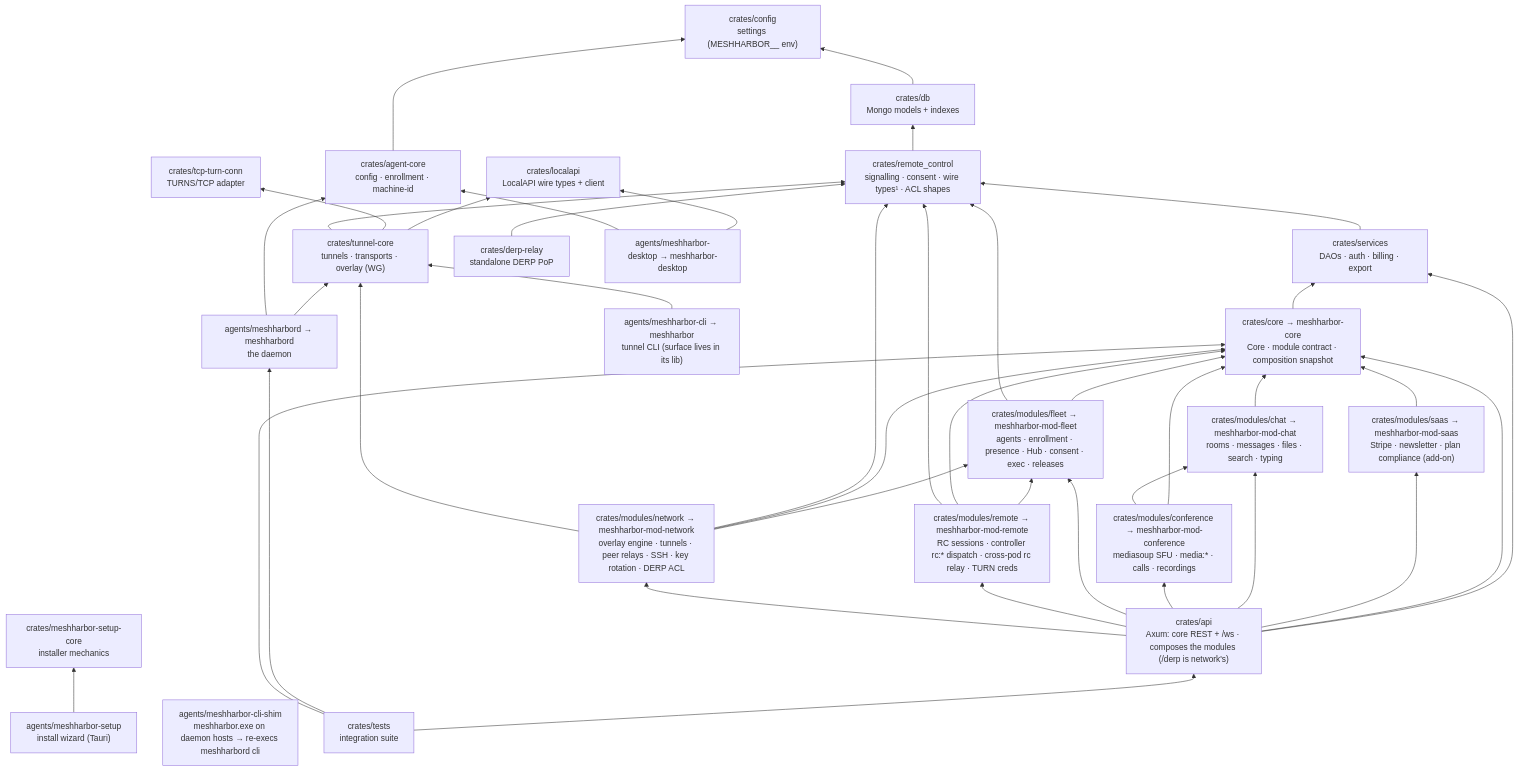
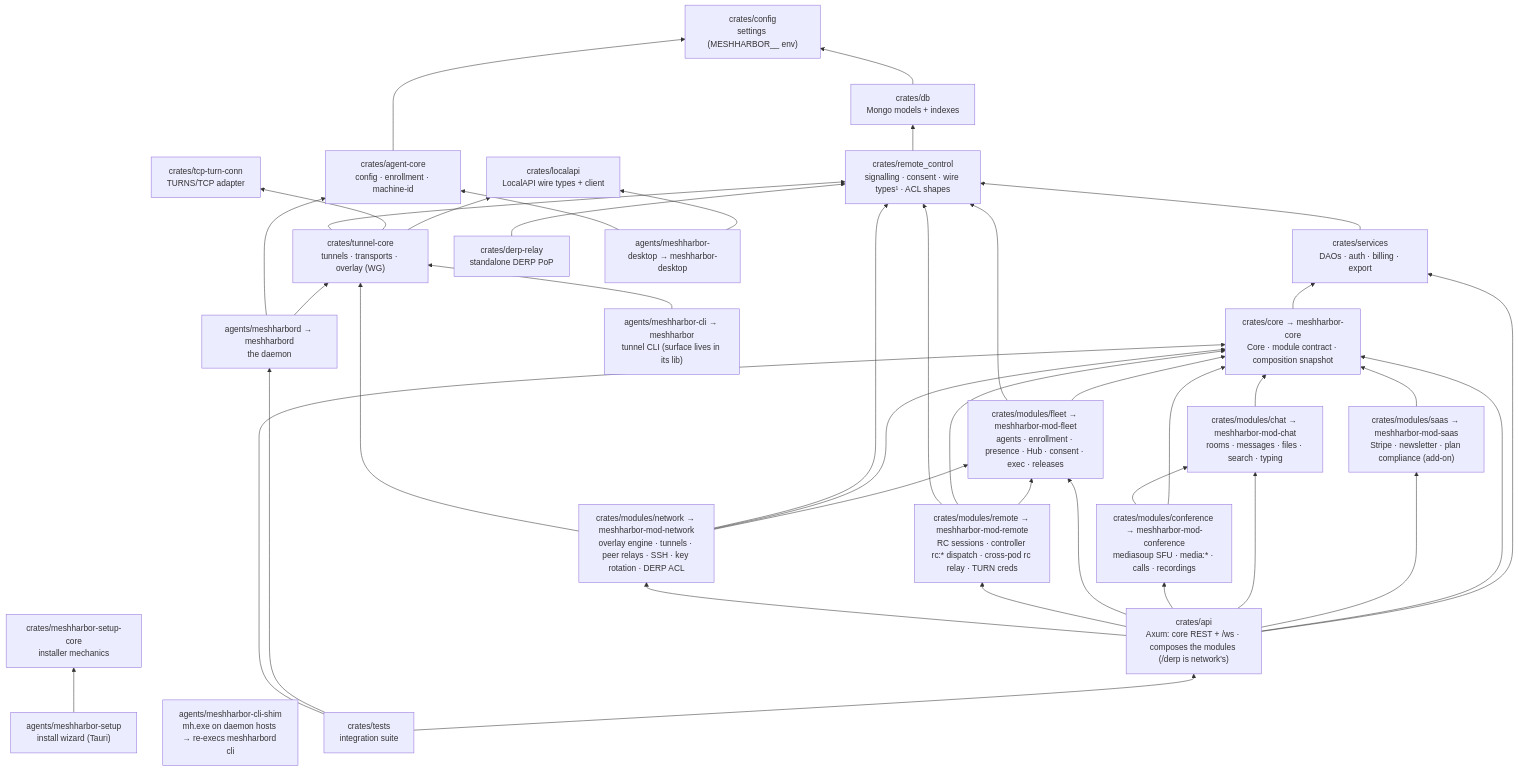
The third of 4 diagrams in docs/architecture.md (jk-zhang-meta/MeshHarbor), drawn with Mermaid before and after one commit. The commit also changed other lines of this file and 323 other files, not shown here.

````diff
--- a/docs/architecture.md
+++ b/docs/architecture.md
@@ -100,50 +100,50 @@
 ```mermaid
 flowchart BT
     config["crates/config<br/>settings (MESHHARBOR__ env)"]
     db["crates/db<br/>Mongo models + indexes"]
     core["crates/core → meshharbor-core<br/>Core · module contract · composition snapshot"]
     saas["crates/modules/saas → meshharbor-mod-saas<br/>Stripe · newsletter · plan compliance (add-on)"]
     chat["crates/modules/chat → meshharbor-mod-chat<br/>rooms · messages · files · search · typing"]
     conference["crates/modules/conference → meshharbor-mod-conference<br/>mediasoup SFU · media:* · calls · recordings"]
     fleet["crates/modules/fleet → meshharbor-mod-fleet<br/>agents · enrollment · presence · Hub · consent · exec · releases"]
     remote["crates/modules/remote → meshharbor-mod-remote<br/>RC sessions · controller rc:* dispatch · cross-pod rc relay · TURN creds"]
     network["crates/modules/network → meshharbor-mod-network<br/>overlay engine · tunnels · peer relays · SSH · key rotation · DERP ACL"]
     rc["crates/remote_control<br/>signalling · consent · wire types¹ · ACL shapes"]
     services["crates/services<br/>DAOs · auth · billing · export"]
     api["crates/api<br/>Axum: core REST + /ws · composes the modules (/derp is network's)"]
     tests["crates/tests<br/>integration suite"]
 
     localapi["crates/localapi<br/>LocalAPI wire types + client"]
     agentcore["crates/agent-core<br/>config · enrollment · machine-id"]
     tunnelcore["crates/tunnel-core<br/>tunnels · transports · overlay (WG)"]
     tcpturn["crates/tcp-turn-conn<br/>TURNS/TCP adapter"]
     derprelay["crates/derp-relay<br/>standalone DERP PoP"]
     setupcore["crates/meshharbor-setup-core<br/>installer mechanics"]
 
     meshharbord["agents/meshharbord → meshharbord<br/>the daemon"]
     tunnel["agents/meshharbor-cli → meshharbor<br/>tunnel CLI (surface lives in its lib)"]
-    shim["agents/meshharbor-cli-shim<br/>meshharbor.exe on daemon hosts → re-execs meshharbord cli"]
+    shim["agents/meshharbor-cli-shim<br/>mh.exe on daemon hosts → re-execs meshharbord cli"]
     tray["agents/meshharbor-desktop → meshharbor-desktop"]
     setup["agents/meshharbor-setup<br/>install wizard (Tauri)"]
 
     db --> config
     core --> services
     saas --> core
     chat --> core
     conference --> core & chat
     fleet --> core & rc
     remote --> fleet & core & rc
     network --> fleet & core & rc & tunnelcore
     rc --> db
     services --> rc
     api --> services & core & saas & chat & conference & fleet & remote & network
     tests --> api & meshharbord & core
 
     tunnelcore --> localapi & tcpturn & rc
     agentcore --> config
     meshharbord --> tunnelcore & agentcore
     tunnel --> tunnelcore
     tray --> localapi & agentcore
     setup --> setupcore
     derprelay --> rc
 ```
````
